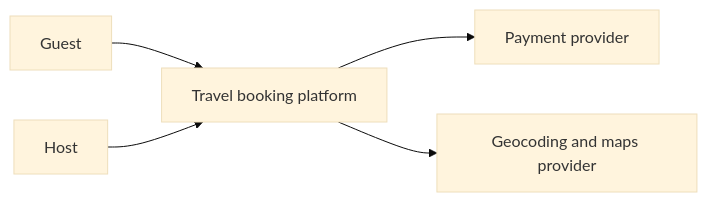
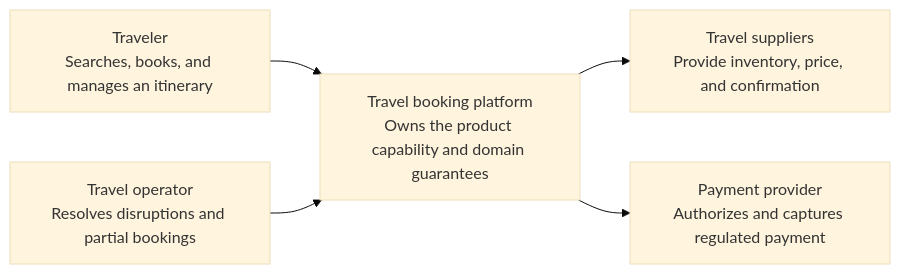
Before and after one commit to navaidya/learning: the first of 5 diagrams in content/system-design/19-travel-booking.md, drawn with Mermaid (base theme). The commit also changed other lines of this file and 49 other files, not shown here.

````diff
--- a/content/system-design/19-travel-booking.md
+++ b/content/system-design/19-travel-booking.md
@@ -34,9 +53,10 @@
 ```mermaid
 flowchart LR
   accTitle: Travel booking platform system context
-  accDescr: Guests and hosts use the platform, which integrates with payment and geocoding/mapping providers.
-  Guest --> Platform[Travel booking platform]
-  Host --> Platform
-  Platform --> PSP[Payment provider]
-  Platform --> Geocoding[Geocoding and maps provider]
+  accDescr: Human and system actors use Travel booking platform, which integrates with explicitly bounded external capabilities.
+  A1["Traveler<br/>Searches, books, and manages an itinerary"] --> System
+  A2["Travel operator<br/>Resolves disruptions and partial bookings"] --> System
+  System["Travel booking platform<br/>Owns the product capability and domain guarantees"]
+  System --> E1["Travel suppliers<br/>Provide inventory, price, and confirmation"]
+  System --> E2["Payment provider<br/>Authorizes and captures regulated payment"]
 ```
````
